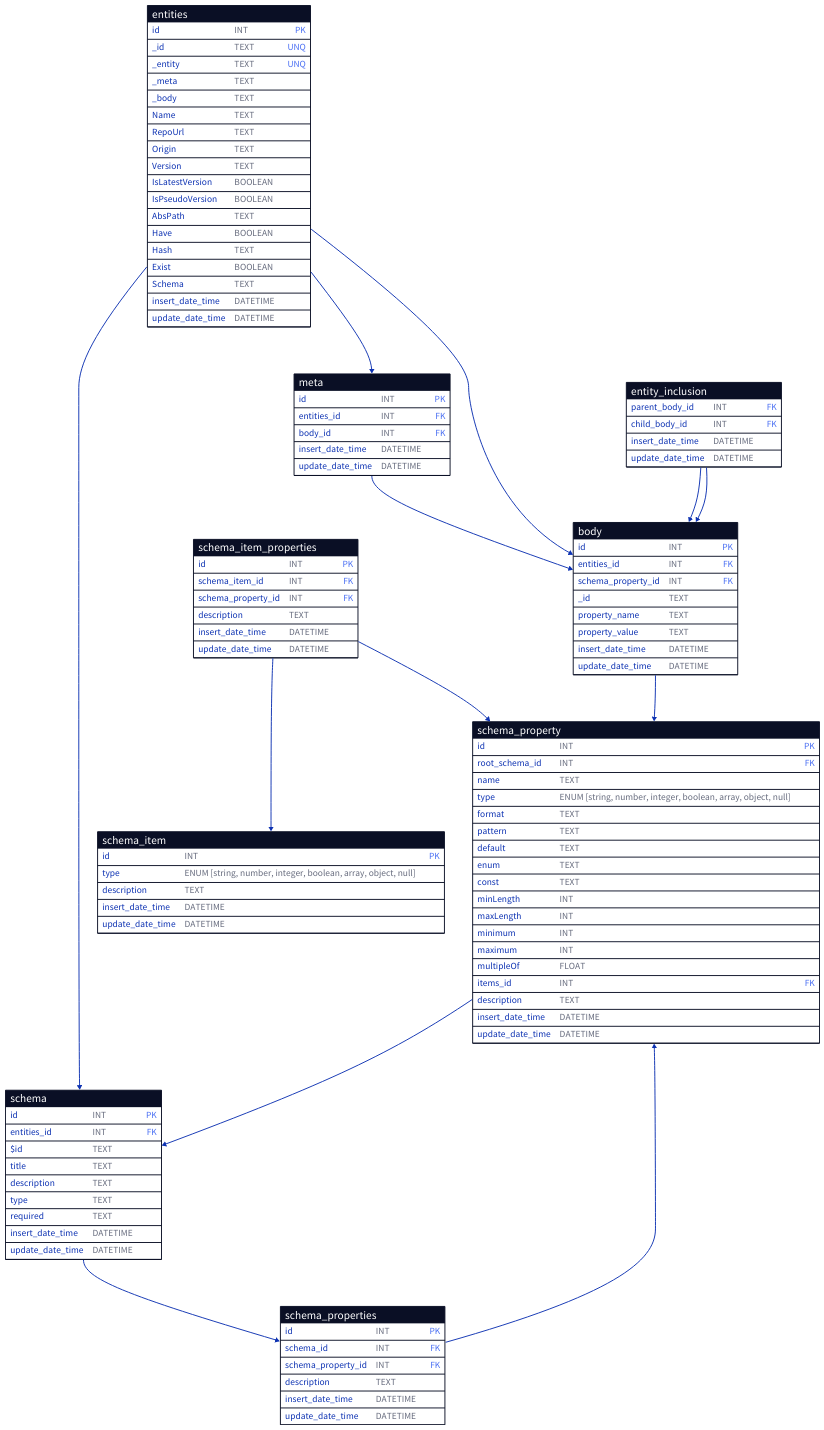
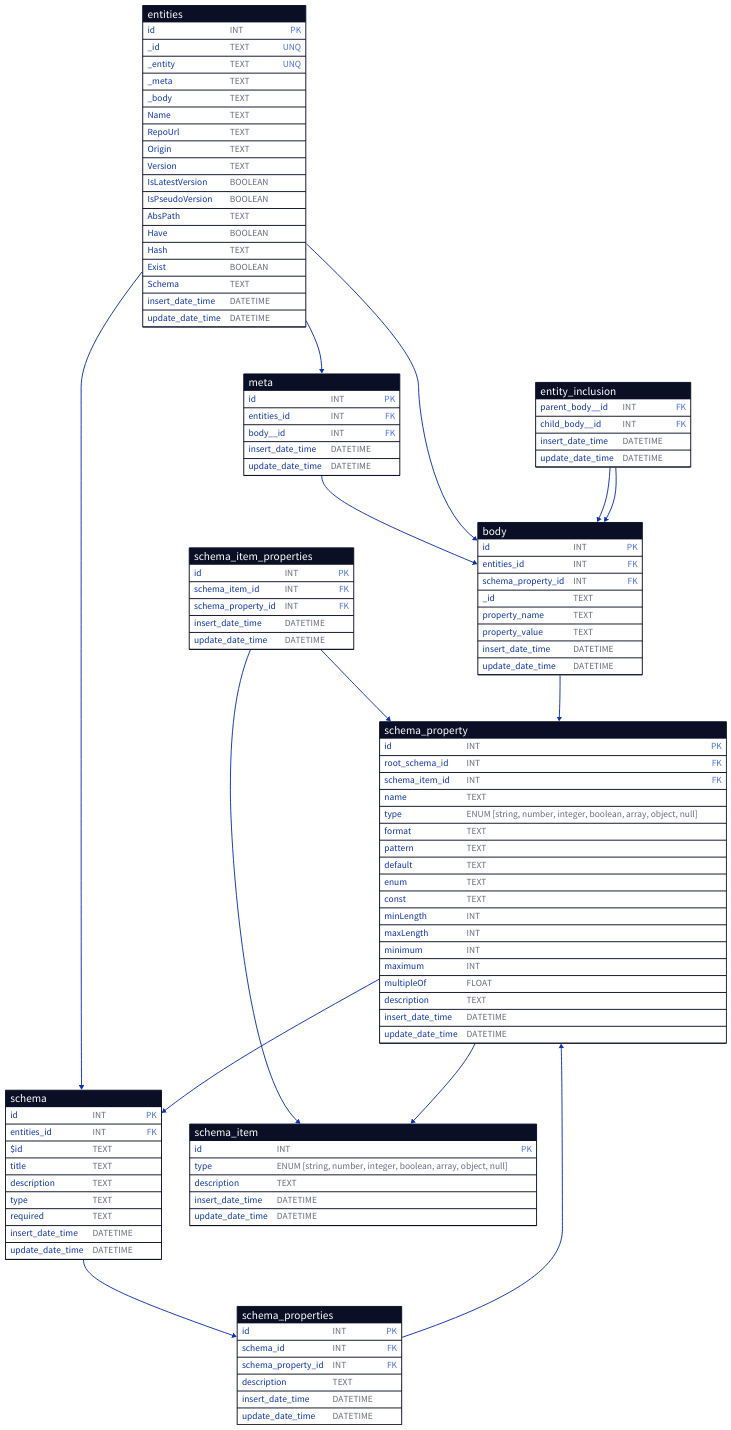
One commit to AmadlaOrg/YECE changed the diagram in .docs/diagram/caching-db-struct.d2. Above: the diagram before and after it, drawn with D2. The commit also changed 1 other file, not shown here.

Commit message:
Made small corrections to the schema schema.

```diff
--- a/.docs/diagram/caching-db-struct.d2
+++ b/.docs/diagram/caching-db-struct.d2
@@ -1,133 +1,133 @@
 # TODO: Need to add other schema details like data type, constrains, etc. From the information here we need to be able to regenerate the schema and the .hery file. Maybe add another table for other details from the schema
 
 entities: {
   shape: sql_table
   id: INT {constraint: primary_key}
   _id: TEXT {constraint: unique}
   _entity: TEXT {constraint: unique}
   _meta: TEXT
   _body: TEXT
   Name: TEXT
   RepoUrl: TEXT
   Origin: TEXT
   Version: TEXT
   IsLatestVersion: BOOLEAN
   IsPseudoVersion: BOOLEAN
   AbsPath: TEXT
   Have: BOOLEAN
   Hash: TEXT
   Exist: BOOLEAN
   Schema: TEXT
   insert_date_time: DATETIME
   update_date_time: DATETIME
 }
 
 meta: {
   shape: sql_table
   id: INT {constraint: primary_key}
   entities_id: INT {constraint: foreign_key}
-  body_id: INT {constraint: foreign_key}
+  body__id: INT {constraint: foreign_key}
   insert_date_time: DATETIME
   update_date_time: DATETIME
 }
 
 body: {
   shape: sql_table
   id: INT {constraint: primary_key}
   entities_id: INT {constraint: foreign_key}
   schema_property_id: INT {constraint: foreign_key}
   _id: TEXT
   property_name: TEXT
   property_value: TEXT
   insert_date_time: DATETIME
   update_date_time: DATETIME
 }
 
 entity_inclusion: {
   shape: sql_table
-  parent_body_id: INT {constraint: foreign_key}
-  child_body_id: INT {constraint: foreign_key}
+  parent_body__id: INT {constraint: foreign_key}
+  child_body__id: INT {constraint: foreign_key}
   insert_date_time: DATETIME
   update_date_time: DATETIME
 }
 
 schema: {
   shape: sql_table
   id: INT {constraint: primary_key}
   entities_id: INT {constraint: foreign_key}
   \$id: TEXT
   title: TEXT
   description: TEXT
   type: TEXT
   required: TEXT
   insert_date_time: DATETIME
   update_date_time: DATETIME
 }
 
 schema_properties: {
   shape: sql_table
   id: INT {constraint: primary_key}
   schema_id: INT {constraint: foreign_key}
   schema_property_id: INT {constraint: foreign_key}
   description: TEXT
   insert_date_time: DATETIME
   update_date_time: DATETIME
 }
 
 schema_property: {
   shape: sql_table
   id: INT {constraint: primary_key}
   root_schema_id: INT {constraint: foreign_key}
+  schema_item_id: INT {constraint: foreign_key}
   name: TEXT
   type: ENUM \[string, number, integer, boolean, array, object, null\]
   format: TEXT
   pattern: TEXT
   default: TEXT
   enum: TEXT
   const: TEXT
   minLength: INT
   maxLength: INT
   minimum: INT
   maximum: INT
   multipleOf: FLOAT
-  items_id: INT {constraint: foreign_key}
   description: TEXT
   insert_date_time: DATETIME
   update_date_time: DATETIME
 }
 
 schema_item_properties: {
   shape: sql_table
   id: INT {constraint: primary_key}
   schema_item_id: INT {constraint: foreign_key}
   schema_property_id: INT {constraint: foreign_key}
-  description: TEXT
   insert_date_time: DATETIME
   update_date_time: DATETIME
 }
 
 schema_item: {
   shape: sql_table
   id: INT {constraint: primary_key}
   type: ENUM \[string, number, integer, boolean, array, object, null\]
   description: TEXT
   insert_date_time: DATETIME
   update_date_time: DATETIME
 }
 
 entities.id -> meta.entities_id
-meta.body_id -> body.id
+meta.body__id -> body._id
 entities.id -> body.entities_id
 entities.id -> schema.entities_id
 
 schema.id -> schema_properties.schema_id
 schema_properties.schema_property_id -> schema_property.id
 schema_item_properties.schema_item_id -> schema_item.id
 schema_item_properties.schema_property_id -> schema_property.id
+schema_property.schema_item_id -> schema_item.id
 
-entity_inclusion.parent_body_id -> body.id
-entity_inclusion.child_body_id -> body.id
+entity_inclusion.parent_body__id -> body.id
+entity_inclusion.child_body__id -> body.id
 
 body.schema_property_id -> schema_property.id
 
 schema_property.root_schema_id -> schema.id
```
